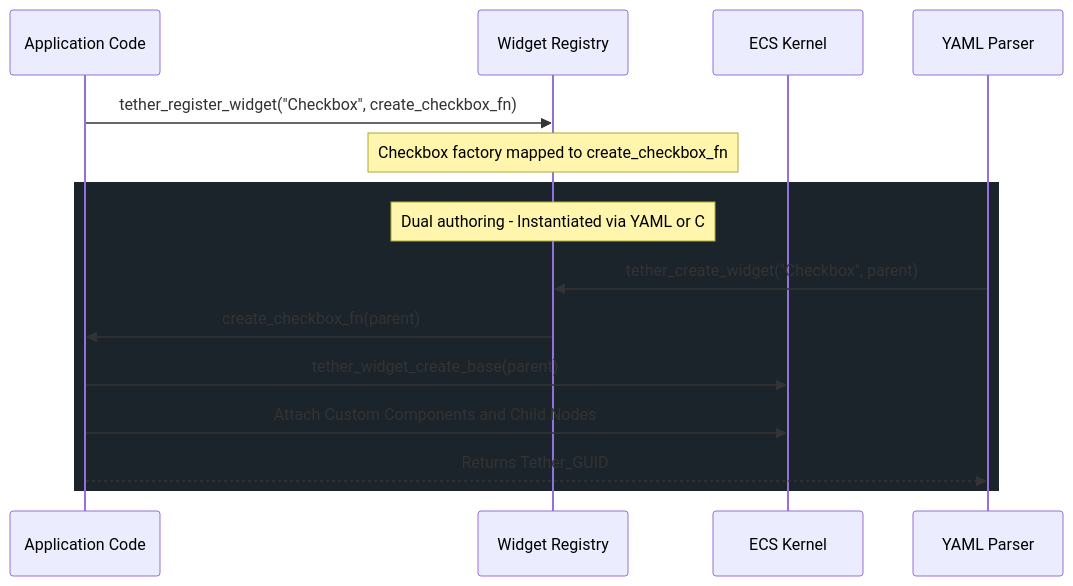
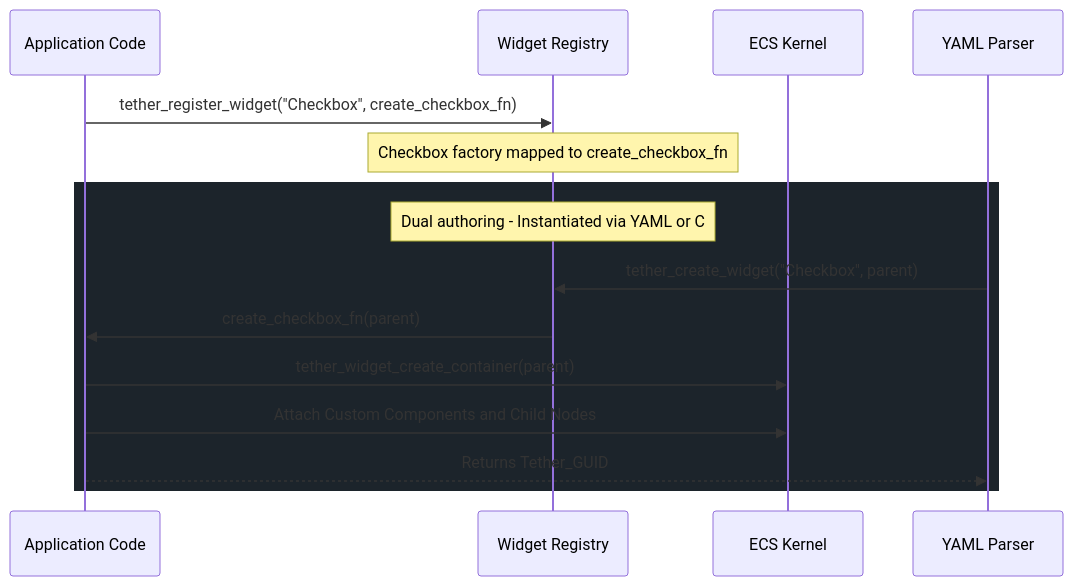
One commit to Yuvi-GD/Tether changed the third of 4 diagrams in docs/technical/05_ui_framework_and_widgets.md. Above: the diagram before and after it, drawn with Mermaid. The commit also changed other lines of this file and 24 other files, not shown here.

Commit message:
docs: align technical docs with v0.0.3-preview and clarify presentation roadmap

````diff
--- a/docs/technical/05_ui_framework_and_widgets.md
+++ b/docs/technical/05_ui_framework_and_widgets.md
@@ -373,19 +402,19 @@
 ```mermaid
 sequenceDiagram
     participant Dev as Application Code
     participant Reg as Widget Registry
     participant ECS as ECS Kernel
     participant Parser as YAML Parser
 
     Dev->>Reg: tether_register_widget("Checkbox", create_checkbox_fn)
     Note over Reg: Checkbox factory mapped to create_checkbox_fn
 
     rect rgb(28, 36, 43)
         Note over Reg: Dual authoring - Instantiated via YAML or C
         Parser->>Reg: tether_create_widget("Checkbox", parent)
         Reg->>Dev: create_checkbox_fn(parent)
-        Dev->>ECS: tether_widget_create_base(parent)
+        Dev->>ECS: tether_widget_create_container(parent)
         Dev->>ECS: Attach Custom Components and Child Nodes
         Dev-->>Parser: Returns Tether_GUID
     end
 ```
````
